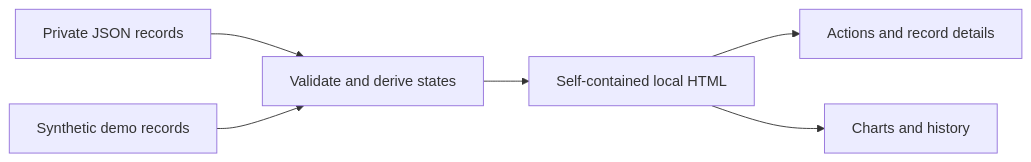
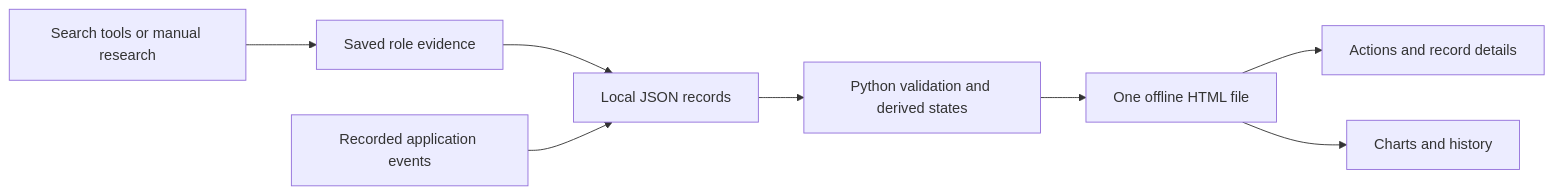
One commit to HenryVarro666/job-search-dashboard changed the diagram in README.md. Above: the diagram before and after it, drawn with Mermaid. The commit also changed other lines of this file and 37 other files, not shown here.

````diff
--- a/README.md
+++ b/README.md
@@ -78,8 +129,10 @@
 ```mermaid
 flowchart LR
-    A[Private JSON records] --> B[Validate and derive states]
-    B --> C[Self-contained local HTML]
-    C --> D[Actions and record details]
-    C --> E[Charts and history]
-    F[Synthetic demo records] --> B
+  P[Search tools or manual research] --> E[Saved role evidence]
+  E --> J[Local JSON records]
+  A[Recorded application events] --> J
+  J --> V[Python validation and derived states]
+  V --> H[One offline HTML file]
+  H --> T[Actions and record details]
+  H --> C[Charts and history]
 ```
````
